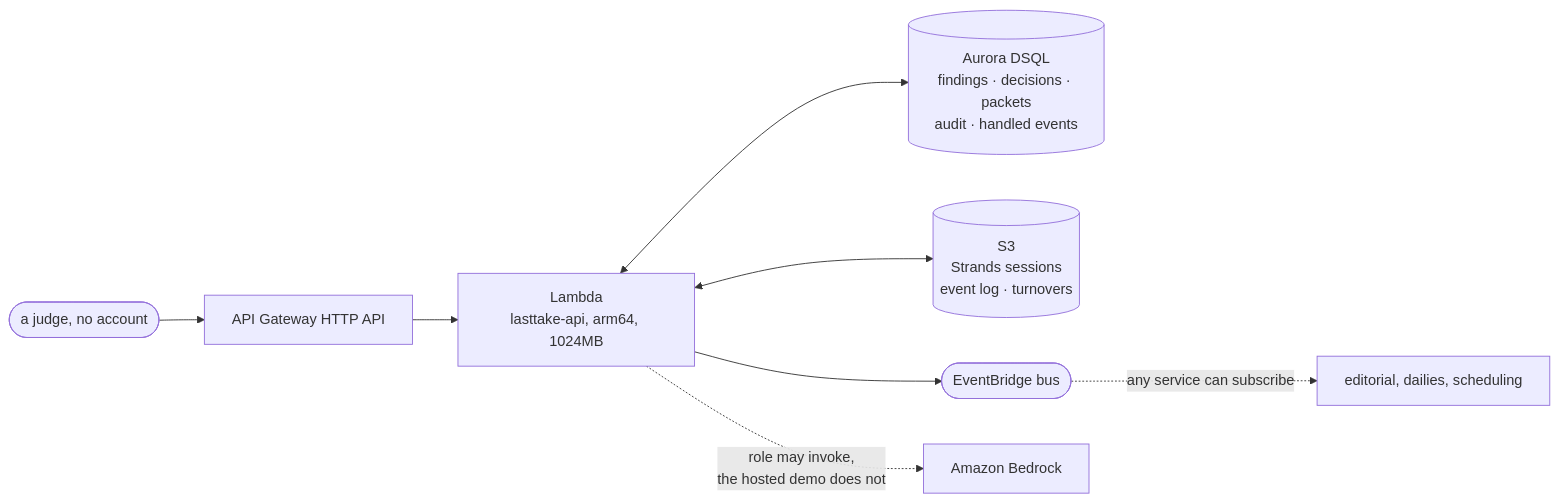
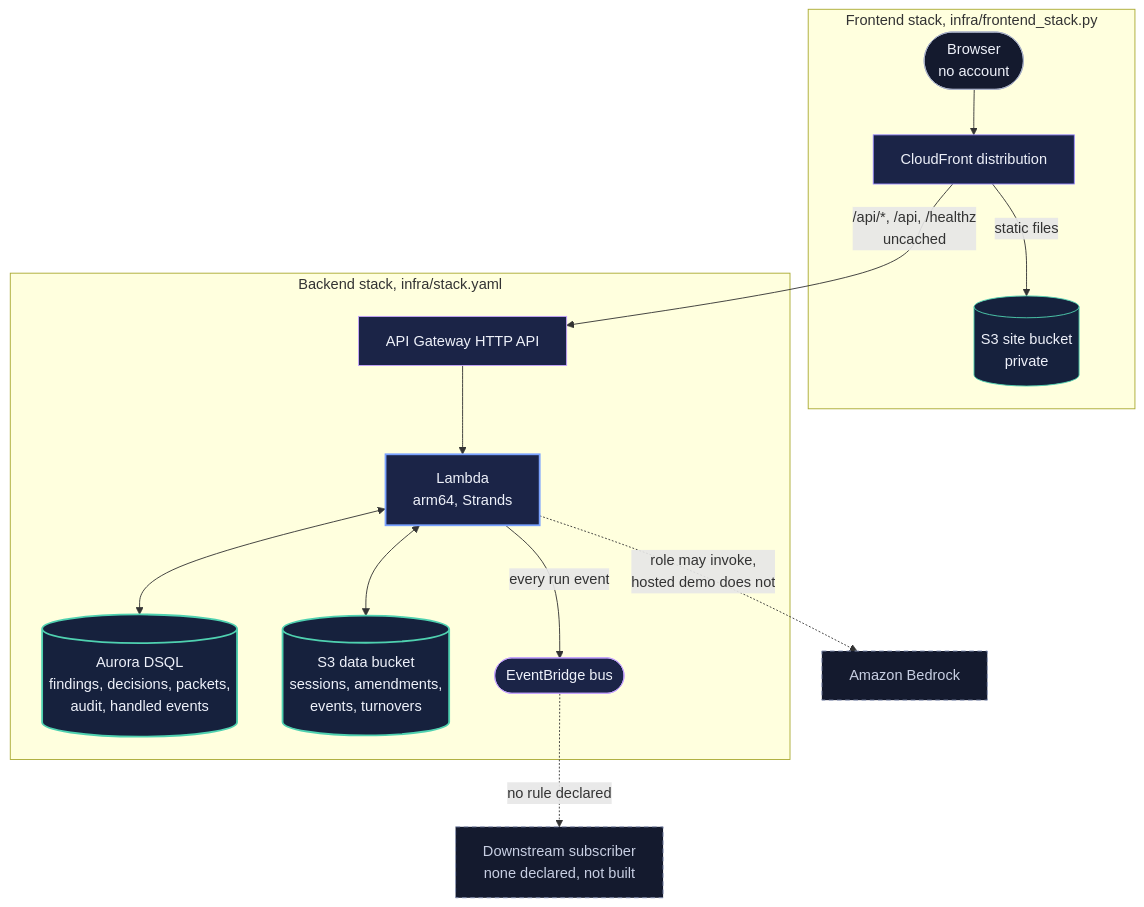
The second of 2 diagrams in README.md (upgradedev/lasttake-aws), drawn with Mermaid before and after one commit. The commit also changed other lines of this file and 11 other files, not shown here.

````diff
--- a/README.md
+++ b/README.md
@@ -928,10 +304,45 @@
 ```mermaid
-flowchart LR
-    V(["a judge, no account"]) --> API["API Gateway HTTP API"]
-    API --> L["Lambda<br/>lasttake-api, arm64, 1024MB"]
-    L <--> DB[("Aurora DSQL<br/>findings · decisions · packets<br/>audit · handled events")]
-    L <--> S3[("S3<br/>Strands sessions<br/>event log · turnovers")]
-    L --> EB(["EventBridge bus"])
-    L -.->|"role may invoke,<br/>the hosted demo does not"| BR["Amazon Bedrock"]
-    EB -.->|"any service can subscribe"| SUB["editorial, dailies, scheduling"]
+flowchart TB
+    subgraph FE["Frontend stack, infra/frontend_stack.py"]
+        V(["Browser<br/>no account"])
+        CF["CloudFront distribution"]
+        SITE[("S3 site bucket<br/>private")]
+    end
+    subgraph BE["Backend stack, infra/stack.yaml"]
+        API["API Gateway HTTP API"]
+        FN["Lambda<br/>arm64, Strands"]
+        DB[("Aurora DSQL<br/>findings, decisions, packets,<br/>audit, handled events")]
+        DATA[("S3 data bucket<br/>sessions, amendments,<br/>events, turnovers")]
+        EB(["EventBridge bus"])
+    end
+    SUB["Downstream subscriber<br/>none declared, not built"]
+    BR["Amazon Bedrock"]
+    V --> CF
+    CF -->|"static files"| SITE
+    CF -->|"/api/*, /api, /healthz<br/>uncached"| API
+    API --> FN
+    FN <--> DB
+    FN <--> DATA
+    FN -->|"every run event"| EB
+    EB -.->|"no rule declared"| SUB
+    FN -.->|"role may invoke,<br/>hosted demo does not"| BR
+
+    class V actor
+    class CF edge
+    class SITE storage
+    class API integration
+    class FN compute
+    class DB,DATA store
+    class EB event
+    class SUB,BR optional
+
+%% palette: placeholder
+classDef actor fill:#141a2e,stroke:#aab2c8,color:#eef1fa
+classDef event fill:#1b2447,stroke:#c7a6ff,color:#eef1fa
+classDef store fill:#16213d,stroke:#4fd1b0,stroke-width:2px,color:#eef1fa
+classDef storage fill:#16213d,stroke:#4fd1b0,color:#eef1fa
+classDef integration fill:#1b2447,stroke:#c7a6ff,color:#eef1fa
+classDef edge fill:#1b2447,stroke:#9b8cff,color:#eef1fa
+classDef compute fill:#1b2447,stroke:#7aa2ff,stroke-width:2px,color:#eef1fa
+classDef optional fill:#141a2e,stroke:#8b96b8,stroke-dasharray:5 4,color:#c8cfe3
 ```
````
